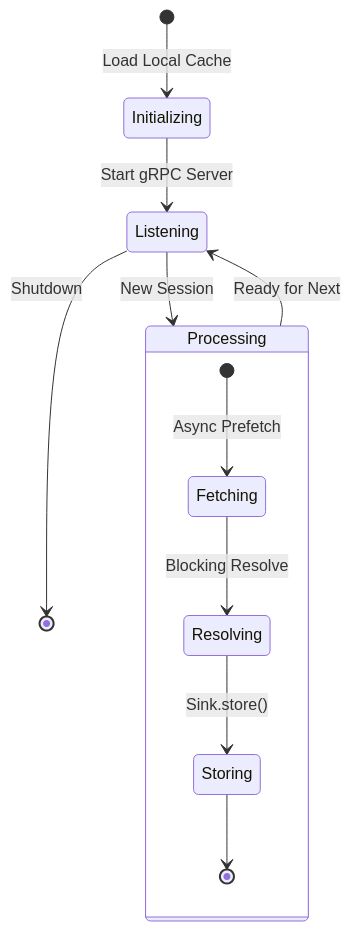
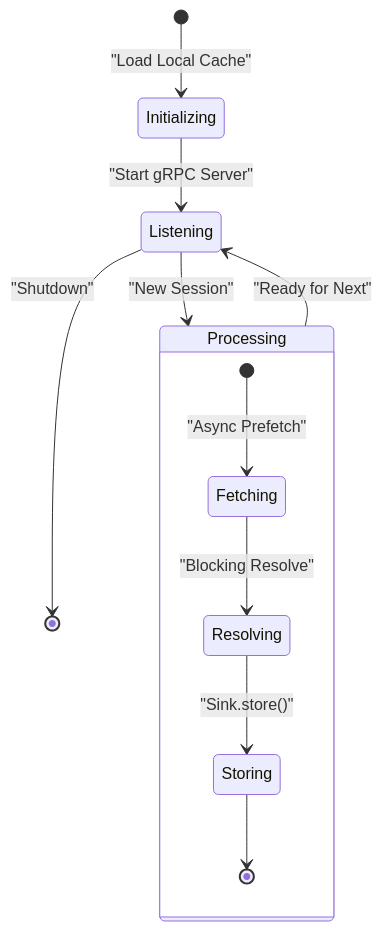
The diagram in docs/symbolizer.qmd (sugarraysam/bistouri), drawn with Mermaid before and after one commit. The commit also changed other lines of this file and 4 other files, not shown here.

````diff
--- a/docs/symbolizer.qmd
+++ b/docs/symbolizer.qmd
@@ -82,16 +96,16 @@
 ```{mermaid}
 stateDiagram-v2
-    [*] --> Initializing : Load Local Cache
-    Initializing --> Listening : Start gRPC Server
+    [*] --> Initializing : "Load Local Cache"
+    Initializing --> Listening : "Start gRPC Server"
 
     state Processing {
-        [*] --> Fetching : Async Prefetch
-        Fetching --> Resolving : Blocking Resolve
-        Resolving --> Storing : Sink.store()
+        [*] --> Fetching : "Async Prefetch"
+        Fetching --> Resolving : "Blocking Resolve"
+        Resolving --> Storing : "Sink.store()"
         Storing --> [*]
     }
 
-    Listening --> Processing : New Session
-    Processing --> Listening : Ready for Next
-    Listening --> [*] : Shutdown
+    Listening --> Processing : "New Session"
+    Processing --> Listening : "Ready for Next"
+    Listening --> [*] : "Shutdown"
 ```
````
